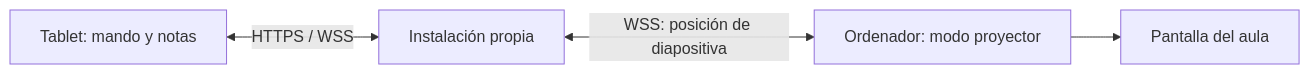
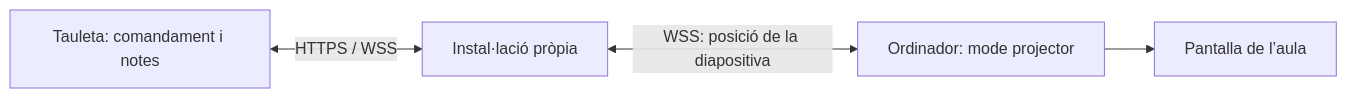
One commit to sasogu/zona-ponent changed the diagram in README.md. Above: the diagram before and after it, drawn with Mermaid. The commit also changed other lines of this file and 7 other files, not shown here.

````diff
--- a/README.md
+++ b/README.md
@@ -54,6 +86,6 @@
 ```mermaid
 flowchart LR
-  M[Tablet: mando y notas] <-->|HTTPS / WSS| S[Instalación propia]
-  S <-->|WSS: posición de diapositiva| P[Ordenador: modo proyector]
-  P --> V[Pantalla del aula]
+  M[Tauleta: comandament i notes] <-->|HTTPS / WSS| S[Instal·lació pròpia]
+  S <-->|WSS: posició de la diapositiva| P[Ordinador: mode projector]
+  P --> V[Pantalla de l’aula]
 ```
````
